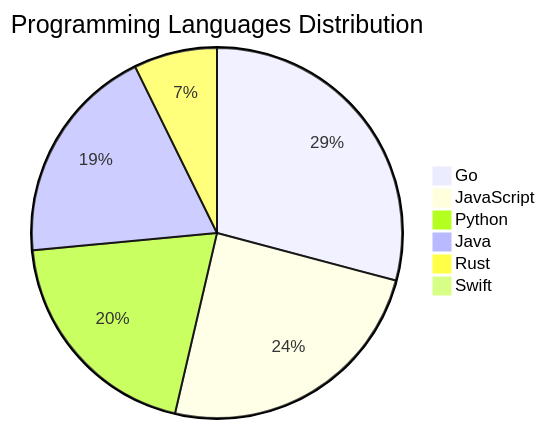
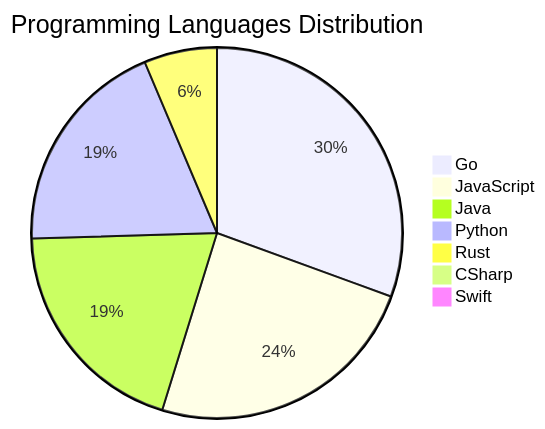
The diagram in README.md (Derrick-MUGISHA/github-activity-bot), drawn with Mermaid before and after one commit. The commit also changed other lines of this file and 4 other files, not shown here.

````diff
--- a/README.md
+++ b/README.md
@@ -206,9 +207,10 @@
 ```mermaid
 pie title Programming Languages Distribution
-    "Go" : 44
-    "JavaScript" : 37
+    "Go" : 48
+    "JavaScript" : 38
+    "Java" : 31
     "Python" : 30
-    "Java" : 29
-    "Rust" : 11
+    "Rust" : 10
+    "CSharp" : 1
     "Swift" : 1
 ```
````
